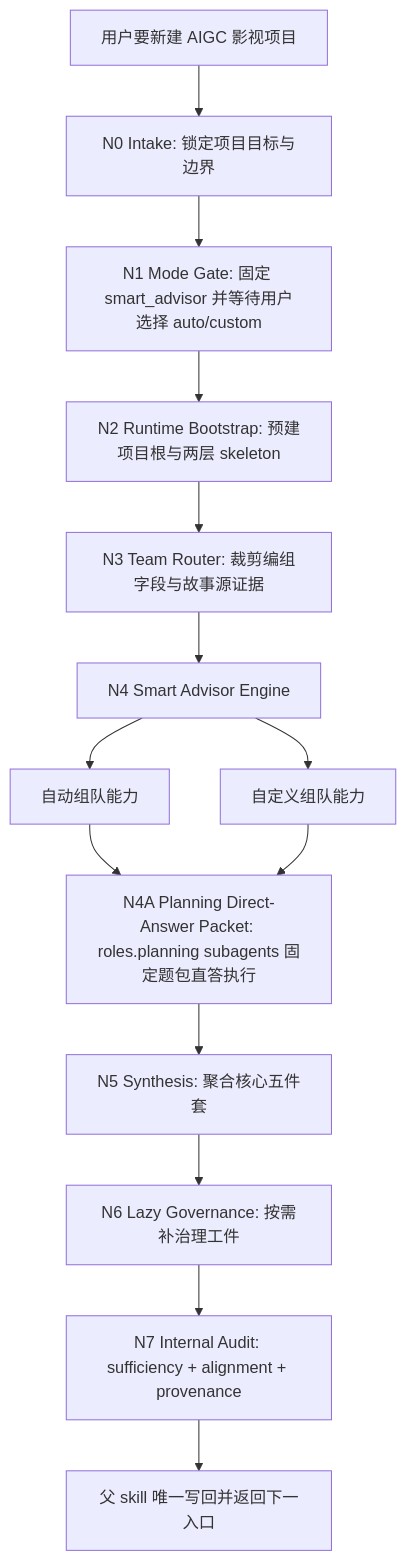
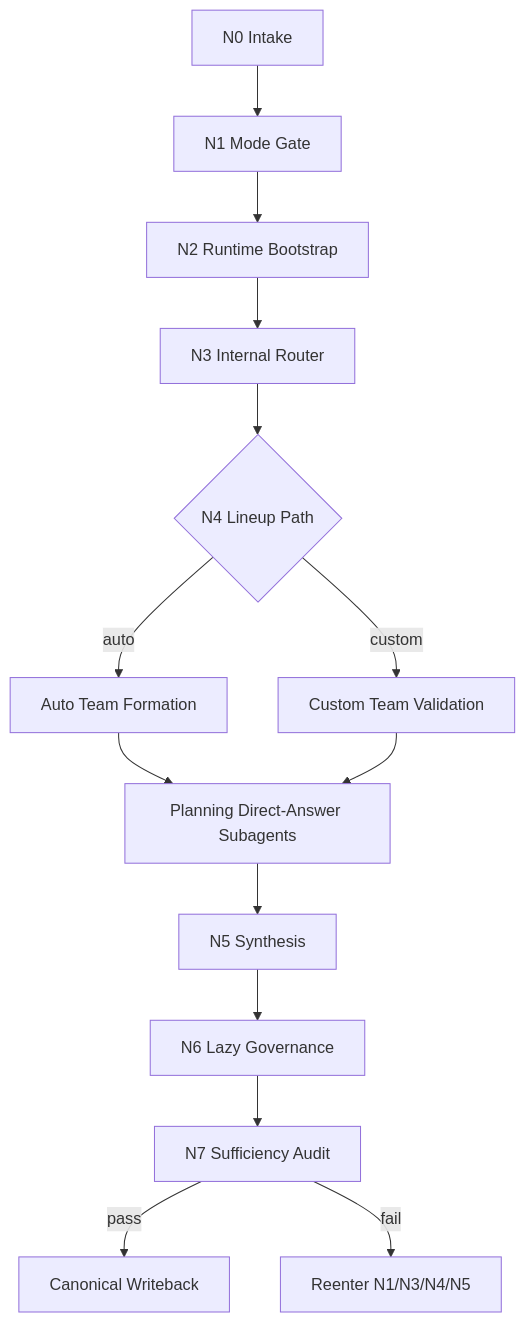
One commit to ZEN-VOID/AI-CUT changed the diagram in .agents/skills/aigc/0-Init/SKILL.md. Above: the diagram before and after it, drawn with Mermaid. The commit also changed other lines of this file and 456 other files, not shown here.

````diff
--- a/.agents/skills/aigc/0-Init/SKILL.md
+++ b/.agents/skills/aigc/0-Init/SKILL.md
@@ -112,16 +166,16 @@
 ```mermaid
 flowchart TD
-    A["用户要新建 AIGC 影视项目"] --> B["N0 Intake: 锁定项目目标与边界"]
-    B --> C["N1 Mode Gate: 固定 smart_advisor 并等待用户选择 auto/custom"]
-    C --> D["N2 Runtime Bootstrap: 预建项目根与两层 skeleton"]
-    D --> E["N3 Team Router: 裁剪编组字段与故事源证据"]
-    E --> F["N4 Smart Advisor Engine"]
-    F --> F1["自动组队能力"]
-    F --> F2["自定义组队能力"]
-    F1 --> G["N4A Planning Direct-Answer Packet: roles.planning subagents 固定题包直答执行"]
-    F2 --> G
-    G --> H["N5 Synthesis: 聚合核心五件套"]
-    H --> I["N6 Lazy Governance: 按需补治理工件"]
-    I --> J["N7 Internal Audit: sufficiency + alignment + provenance"]
-    J --> K["父 skill 唯一写回并返回下一入口"]
+    A["N0 Intake"] --> B["N1 Mode Gate"]
+    B --> C["N2 Runtime Bootstrap"]
+    C --> D["N3 Internal Router"]
+    D --> E{"N4 Lineup Path"}
+    E -->|"auto"| F["Auto Team Formation"]
+    E -->|"custom"| G["Custom Team Validation"]
+    F --> H["Planning Direct-Answer Subagents"]
+    G --> H
+    H --> I["N5 Synthesis"]
+    I --> J["N6 Lazy Governance"]
+    J --> K["N7 Sufficiency Audit"]
+    K -->|"pass"| L["Canonical Writeback"]
+    K -->|"fail"| M["Reenter N1/N3/N4/N5"]
 ```
````
